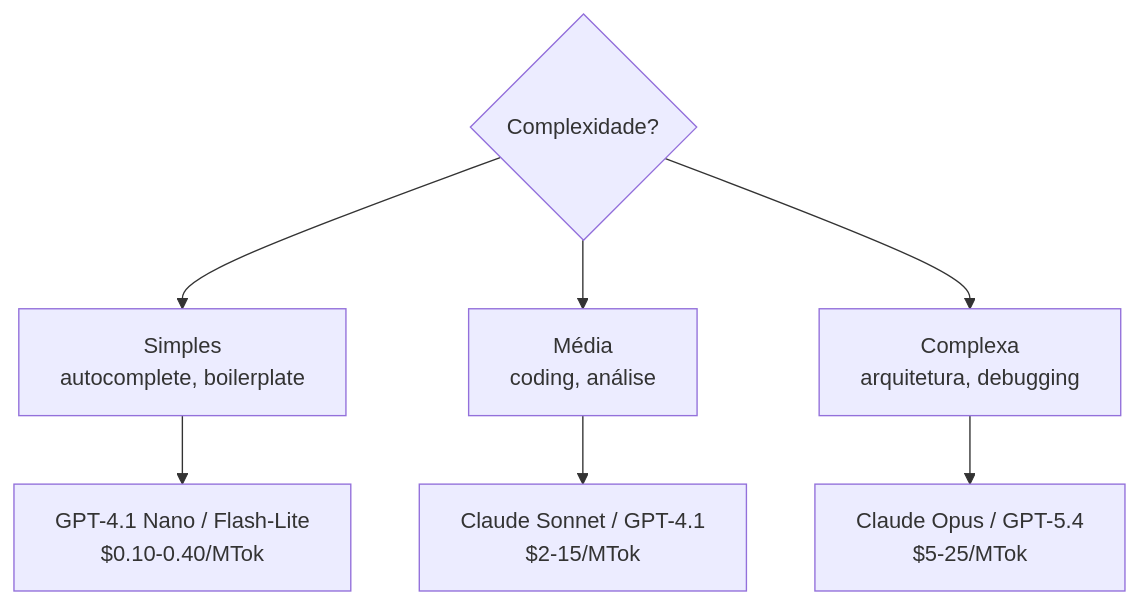
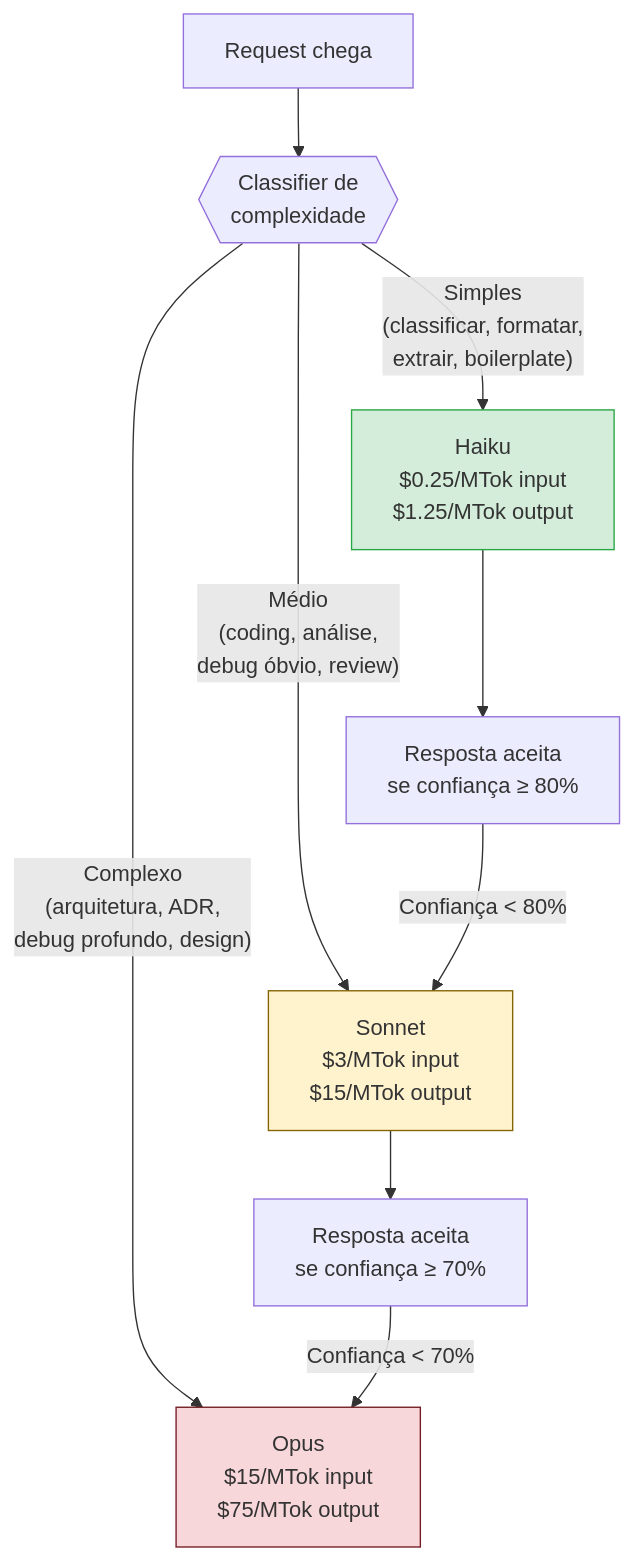
Before and after one commit to josenaldo/codex-technomanticus: the diagram in 03-Dominios/Tecnologia/IA/Economia de Tokens/09 - Model routing — modelo certo para a tarefa.md, drawn with Mermaid. The commit also changed other lines of this file, not shown here.

````diff
--- a/03-Dominios/Tecnologia/IA/Economia de Tokens/09 - Model routing — modelo certo para a tarefa.md
+++ b/03-Dominios/Tecnologia/IA/Economia de Tokens/09 - Model routing — modelo certo para a tarefa.md
@@ -28,9 +41,17 @@
 ```mermaid
-graph TD
-    A{Complexidade?} --> B["Simples<br>autocomplete, boilerplate"]
-    A --> C["Média<br>coding, análise"]
-    A --> D["Complexa<br>arquitetura, debugging"]
-    B --> E["GPT-4.1 Nano / Flash-Lite<br>$0.10-0.40/MTok"]
-    C --> F["Claude Sonnet / GPT-4.1<br>$2-15/MTok"]
-    D --> G["Claude Opus / GPT-5.4<br>$5-25/MTok"]
+flowchart TD
+    A["Request chega"] --> B{{"Classifier de\ncomplexidade"}}
+    
+    B -->|"Simples\n(classificar, formatar,\nextrair, boilerplate)"| C["Haiku\n$0.25/MTok input\n$1.25/MTok output"]
+    B -->|"Médio\n(coding, análise,\ndebug óbvio, review)"| D["Sonnet\n$3/MTok input\n$15/MTok output"]
+    B -->|"Complexo\n(arquitetura, ADR,\ndebug profundo, design)"| E["Opus\n$15/MTok input\n$75/MTok output"]
+    
+    C --> F["Resposta aceita\nse confiança ≥ 80%"]
+    F -->|"Confiança < 80%"| D
+    D --> G["Resposta aceita\nse confiança ≥ 70%"]
+    G -->|"Confiança < 70%"| E
+
+    style C fill:#d4edda,stroke:#28a745
+    style D fill:#fff3cd,stroke:#856404
+    style E fill:#f8d7da,stroke:#721c24
 ```
````
